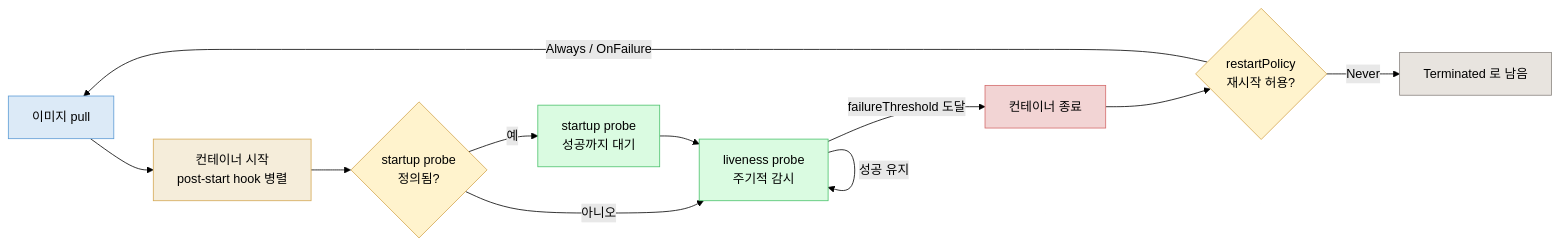
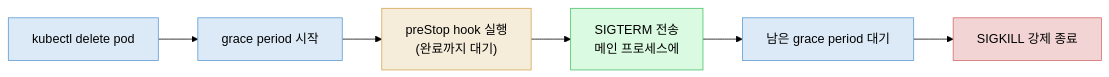
The fifth of 5 diagrams in write/08_cloud/book/kubernetes-in-action/06-03.lifecycle hook과 Pod 생애주기 전체.md (scofe97/StduyWrite), drawn with Mermaid (forest theme) before and after one commit. The commit also changed other lines of this file and 142 other files, not shown here.

````diff
--- a/write/08_cloud/book/kubernetes-in-action/06-03.lifecycle hook과 Pod 생애주기 전체.md
+++ b/write/08_cloud/book/kubernetes-in-action/06-03.lifecycle hook과 Pod 생애주기 전체.md
@@ -287,21 +307,14 @@
 ```mermaid
 flowchart LR
-    pull["이미지 pull"] --> start["컨테이너 시작<br>post-start hook 병렬"]
-    start --> sp{"startup probe<br>정의됨?"}
-    sp -->|"예"| spcheck["startup probe<br>성공까지 대기"]
-    sp -->|"아니오"| live["liveness probe<br>주기적 감시"]
-    spcheck --> live
-    live -->|"성공 유지"| live
-    live -->|"failureThreshold 도달"| term["컨테이너 종료"]
-    term --> rp{"restartPolicy<br>재시작 허용?"}
-    rp -->|"Always / OnFailure"| pull
-    rp -->|"Never"| dead["Terminated 로 남음"]
-    style pull fill:#dceaf7,stroke:#5b9bd5,color:#000
-    style start fill:#f5edda,stroke:#d4a853,color:#000
-    style sp fill:#fff3cd,stroke:#d4a853,color:#000
-    style spcheck fill:#dafbe1,stroke:#4ac26b,color:#000
-    style live fill:#dafbe1,stroke:#4ac26b,color:#000
-    style term fill:#f2d4d4,stroke:#d46a6a,color:#000
-    style rp fill:#fff3cd,stroke:#d4a853,color:#000
-    style dead fill:#e8e4df,stroke:#8a8580,color:#000
+    del["kubectl delete pod"] --> grace["grace period 시작"]
+    grace --> hook["preStop hook 실행<br>(완료까지 대기)"]
+    hook --> term["SIGTERM 전송<br>메인 프로세스에"]
+    term --> wait["남은 grace period 대기"]
+    wait --> kill["SIGKILL 강제 종료"]
+    style del fill:#dceaf7,stroke:#5b9bd5,color:#000
+    style hook fill:#f5edda,stroke:#d4a853,color:#000
+    style term fill:#dafbe1,stroke:#4ac26b,color:#000
+    style grace fill:#dceaf7,stroke:#5b9bd5,color:#000
+    style wait fill:#dceaf7,stroke:#5b9bd5,color:#000
+    style kill fill:#f2d4d4,stroke:#d46a6a,color:#000
 ```
````
